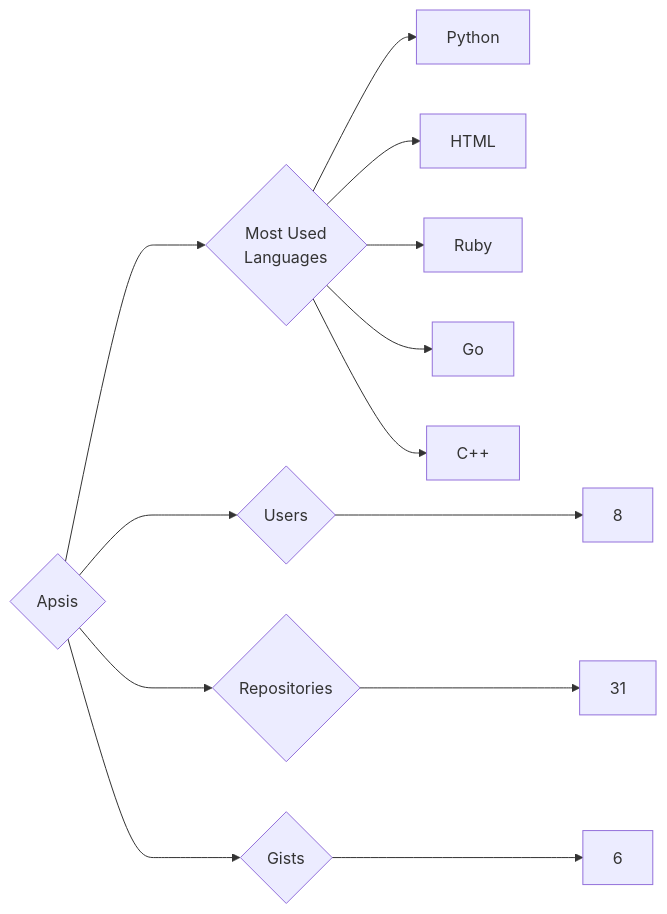
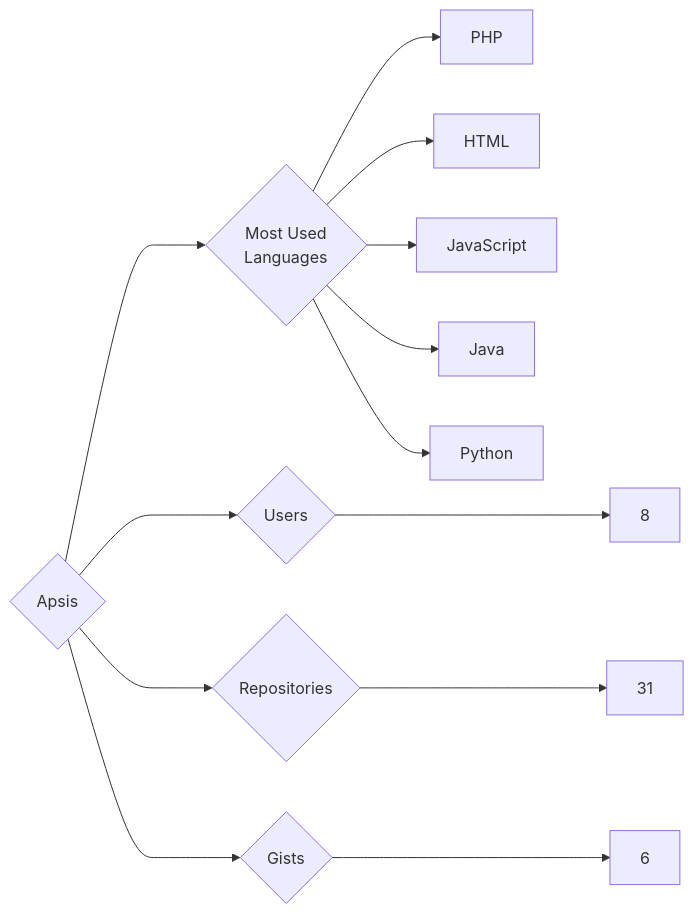
The diagram in targets/Apsis/README.md (trickest/insiders), drawn with Mermaid before and after one commit. The commit also changed 777 other files, not shown here.

````diff
--- a/targets/Apsis/README.md
+++ b/targets/Apsis/README.md
@@ -3,13 +3,13 @@
 ```mermaid
 graph LR
 COMPANY_NAME{Apsis}
 COMPANY_NAME ---> U{Users} ---> UN[8]
 COMPANY_NAME ---> R{Repositories} ---> RN[31]
 COMPANY_NAME ---> G{Gists} ---> GN[6]
 COMPANY_NAME ---> ML{Most Used<br>Languages}
+ML --> PHP[PHP]
+ML --> HTML[HTML]
+ML --> JavaScript[JavaScript]
+ML --> Java[Java]
 ML --> Python[Python]
-ML --> HTML[HTML]
-ML --> Ruby[Ruby]
-ML --> Go[Go]
-ML --> C++[C++]
 ```
````
